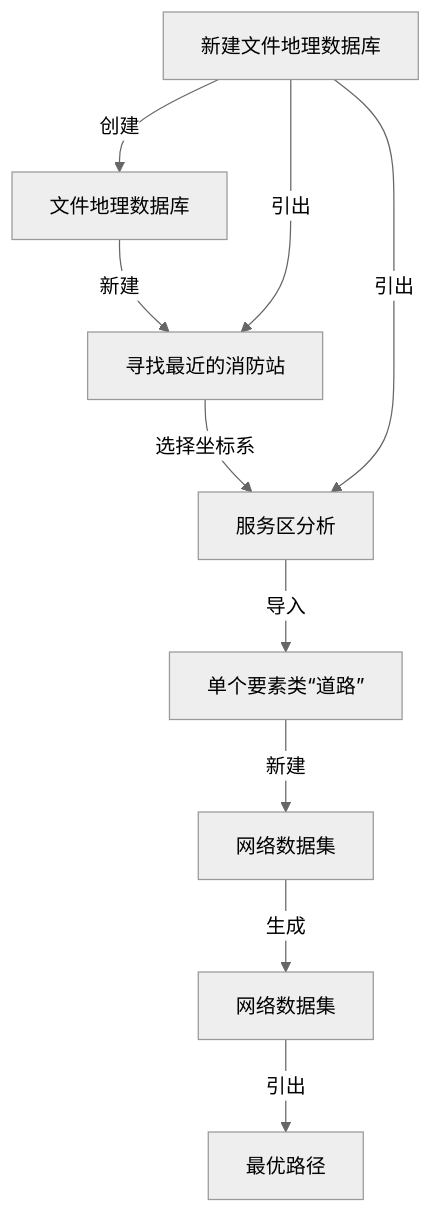
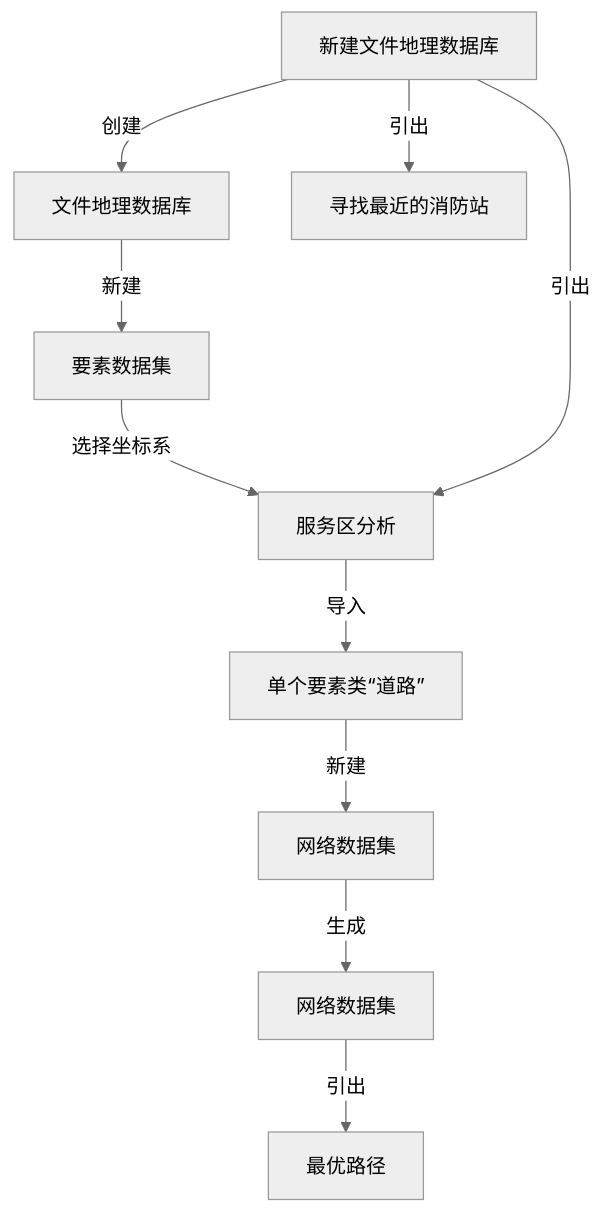
Before and after one commit to newguser/iodraw-files: the diagram in all/未命名.md, drawn with Mermaid (neutral theme).

Commit message:
2025-02-27 21:14:27 update

````diff
--- a/all/未命名.md
+++ b/all/未命名.md
@@ -1,12 +1,12 @@
 ```mermaid
 graph TD
     A[新建文件地理数据库] -->|创建| B[文件地理数据库]
     B -->|新建| C[要素数据集]
     C -->|选择坐标系| D[与道路相同的坐标系]
     D -->|导入| E[单个要素类“道路”]
     E -->|新建| F[网络数据集]
     F -->|生成| G[网络数据集]
     G[网络数据集] -->|引出| H[最优路径]
-    A -->|引出| C[寻找最近的消防站]
+    A -->|引出| I[寻找最近的消防站]
     A -->|引出| D[服务区分析]
 ```
````
